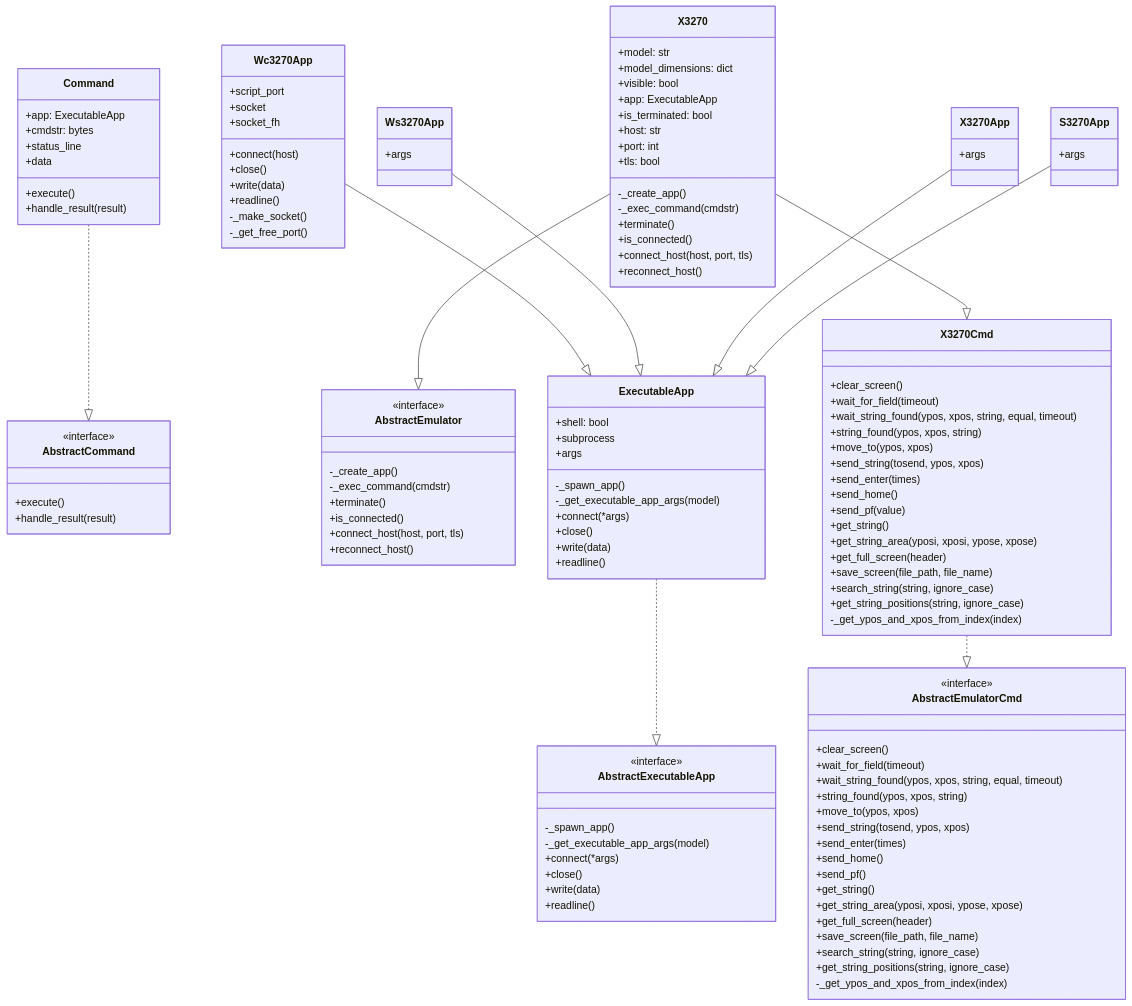
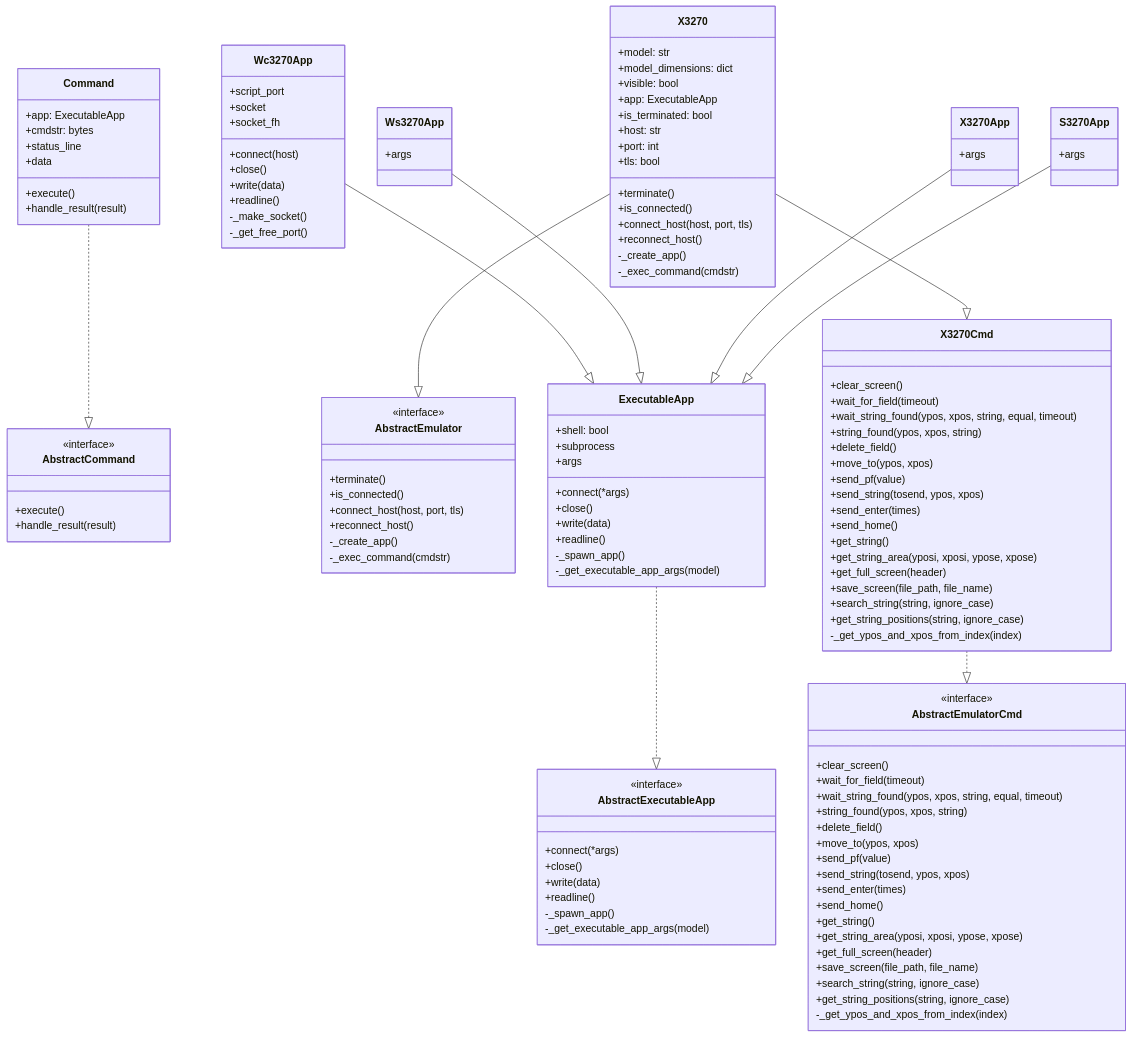
Before and after one commit to MatheusLPolidoro/pyx3270: the diagram in docs/index.md, drawn with Mermaid. The commit also changed other lines of this file and 24 other files, not shown here.

```diff
--- a/docs/index.md
+++ b/docs/index.md
@@ -20,12 +20,12 @@
     %% Interfaces
     class AbstractExecutableApp {
         <<interface>>
-        -_spawn_app()
-        -_get_executable_app_args(model)
         +connect(*args)
         +close()
         +write(data)
         +readline()
+        -_spawn_app()
+        -_get_executable_app_args(model)
     }
 
     class AbstractCommand {
@@ -40,11 +40,12 @@
         +wait_for_field(timeout)
         +wait_string_found(ypos, xpos, string, equal, timeout)
         +string_found(ypos, xpos, string)
+        +delete_field()
         +move_to(ypos, xpos)
+        +send_pf(value)
         +send_string(tosend, ypos, xpos)
         +send_enter(times)
         +send_home()
-        +send_pf()
         +get_string()
         +get_string_area(yposi, xposi, ypose, xpose)
         +get_full_screen(header)
@@ -56,12 +57,12 @@
 
     class AbstractEmulator {
         <<interface>>
-        -_create_app()
-        -_exec_command(cmdstr)
         +terminate()
         +is_connected()
         +connect_host(host, port, tls)
         +reconnect_host()
+        -_create_app()
+        -_exec_command(cmdstr)
     }
 
     %% Implementações
@@ -69,12 +70,12 @@
         +shell: bool
         +subprocess
         +args
-        -_spawn_app()
-        -_get_executable_app_args(model)
         +connect(*args)
         +close()
         +write(data)
         +readline()
+        -_spawn_app()
+        -_get_executable_app_args(model)
     }
 
     class Wc3270App {
@@ -115,11 +116,12 @@
         +wait_for_field(timeout)
         +wait_string_found(ypos, xpos, string, equal, timeout)
         +string_found(ypos, xpos, string)
+        +delete_field()
         +move_to(ypos, xpos)
+        +send_pf(value)
         +send_string(tosend, ypos, xpos)
         +send_enter(times)
         +send_home()
-        +send_pf(value)
         +get_string()
         +get_string_area(yposi, xposi, ypose, xpose)
         +get_full_screen(header)
@@ -138,12 +140,12 @@
         +host: str
         +port: int
         +tls: bool
-        -_create_app()
-        -_exec_command(cmdstr)
         +terminate()
         +is_connected()
         +connect_host(host, port, tls)
         +reconnect_host()
+        -_create_app()
+        -_exec_command(cmdstr)
     }
 
     %% Relações
```
